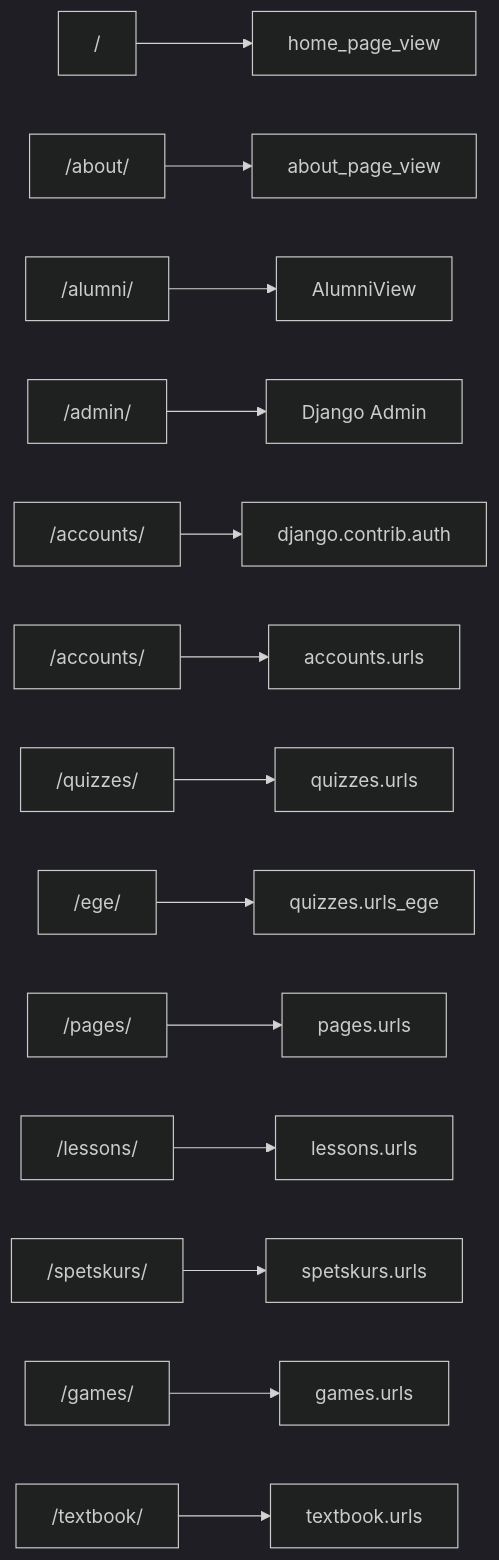
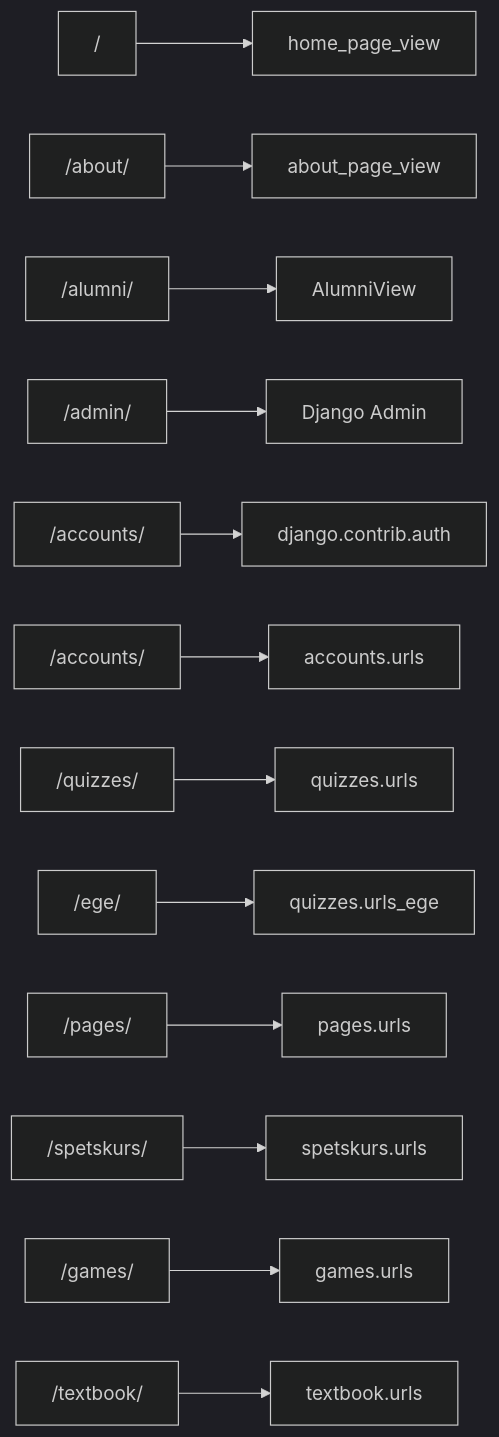
The diagram in docs/api/overview.md (Kirill2517nv/SiteAboutMe), drawn with Mermaid (dark theme) before and after one commit. The commit also changed other lines of this file and 79 other files, not shown here.

````diff
--- a/docs/api/overview.md
+++ b/docs/api/overview.md
@@ -12,16 +12,15 @@
 ```mermaid
 graph LR
     ROOT["/"] --> HOME["home_page_view"]
     ABOUT["/about/"] --> ABOUT_V["about_page_view"]
     ALUMNI["/alumni/"] --> ALUMNI_V["AlumniView"]
     ADMIN["/admin/"] --> DJANGO["Django Admin"]
     AUTH["/accounts/"] --> AUTH_V["django.contrib.auth"]
     ACC["/accounts/"] --> ACC_V["accounts.urls"]
     QUIZ["/quizzes/"] --> QUIZ_V["quizzes.urls"]
     EGE["/ege/"] --> EGE_V["quizzes.urls_ege"]
     PAGES["/pages/"] --> PAGES_V["pages.urls"]
-    LESS["/lessons/"] --> LESS_V["lessons.urls"]
     SPETS["/spetskurs/"] --> SPETS_V["spetskurs.urls"]
     GAMES["/games/"] --> GAMES_V["games.urls"]
     TB["/textbook/"] --> TB_V["textbook.urls"]
 ```
````
